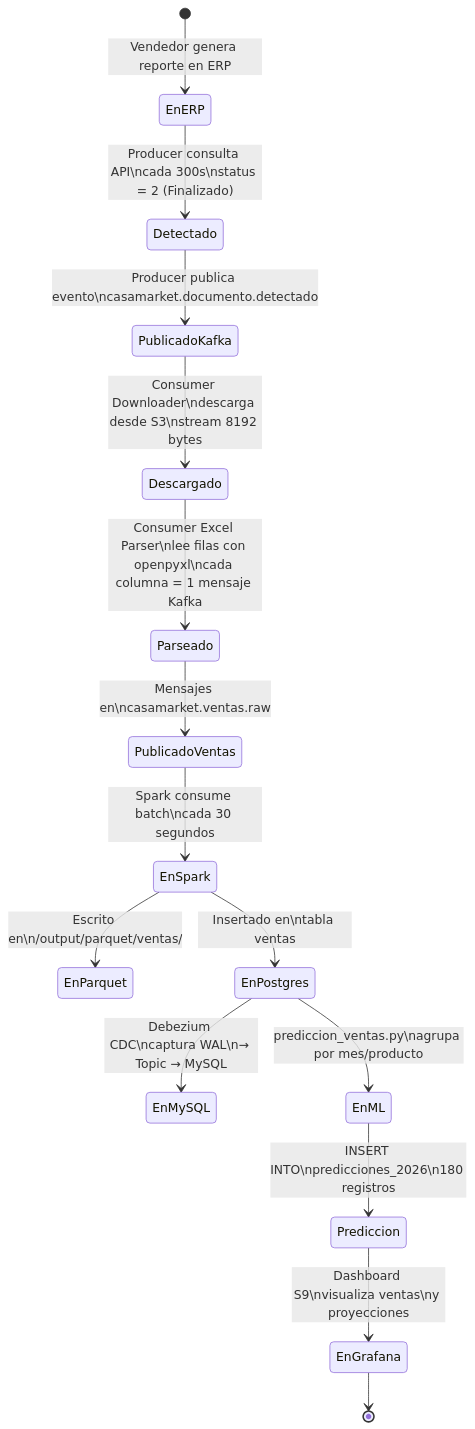
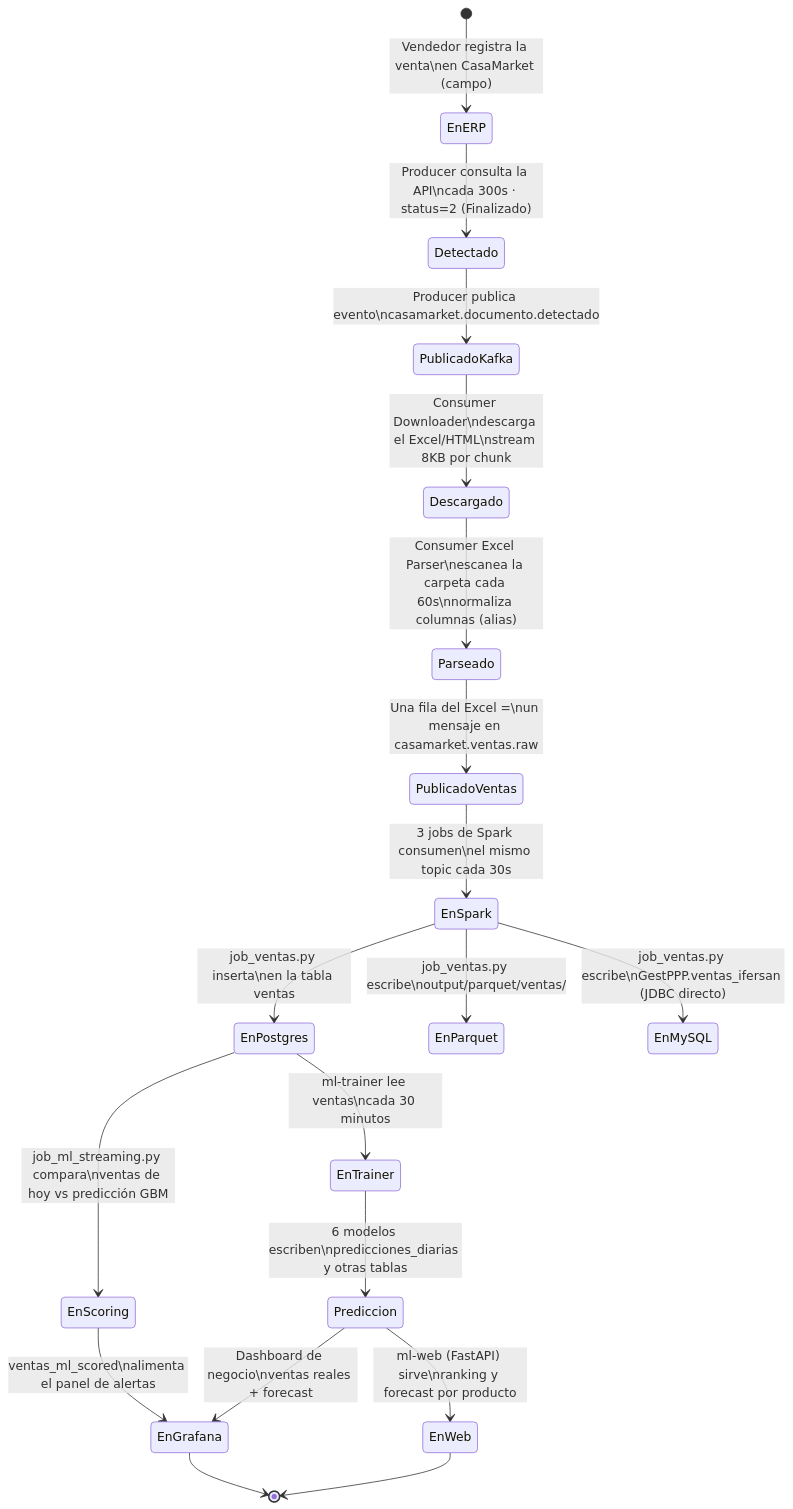
One commit to AlessandroPastor/BigData changed the first of 3 diagrams in docs/arquitectura/pipeline.md. Above: the diagram before and after it, drawn with Mermaid. The commit also changed other lines of this file and 28 other files, not shown here.

````diff
--- a/docs/arquitectura/pipeline.md
+++ b/docs/arquitectura/pipeline.md
@@ -7,30 +7,37 @@
 ```mermaid
 stateDiagram-v2
-    [*] --> EnERP : Vendedor genera reporte en ERP
+    [*] --> EnERP : Vendedor registra la venta\nen CasaMarket (campo)
 
-    EnERP --> Detectado : Producer consulta API\ncada 300s\nstatus = 2 (Finalizado)
+    EnERP --> Detectado : Producer consulta la API\ncada 300s · status=2 (Finalizado)
 
     Detectado --> PublicadoKafka : Producer publica evento\ncasamarket.documento.detectado
 
-    PublicadoKafka --> Descargado : Consumer Downloader\ndescarga desde S3\nstream 8192 bytes
+    PublicadoKafka --> Descargado : Consumer Downloader\ndescarga el Excel/HTML\nstream 8KB por chunk
 
-    Descargado --> Parseado : Consumer Excel Parser\nlee filas con openpyxl\ncada columna = 1 mensaje Kafka
+    Descargado --> Parseado : Consumer Excel Parser\nescanea la carpeta cada 60s\nnormaliza columnas (alias)
 
-    Parseado --> PublicadoVentas : Mensajes en\ncasamarket.ventas.raw
+    Parseado --> PublicadoVentas : Una fila del Excel =\nun mensaje en casamarket.ventas.raw
 
-    PublicadoVentas --> EnSpark : Spark consume batch\ncada 30 segundos
+    PublicadoVentas --> EnSpark : 3 jobs de Spark consumen\nel mismo topic cada 30s
 
-    EnSpark --> EnParquet : Escrito en\n/output/parquet/ventas/
+    EnSpark --> EnPostgres : job_ventas.py inserta\nen la tabla ventas
 
-    EnSpark --> EnPostgres : Insertado en\ntabla ventas
+    EnSpark --> EnParquet : job_ventas.py escribe\noutput/parquet/ventas/
 
-    EnPostgres --> EnMySQL : Debezium CDC\ncaptura WAL\n→ Topic → MySQL
+    EnSpark --> EnMySQL : job_ventas.py escribe\nGestPPP.ventas_ifersan (JDBC directo)
 
-    EnPostgres --> EnML : prediccion_ventas.py\nagrupa por mes/producto
+    EnPostgres --> EnTrainer : ml-trainer lee ventas\ncada 30 minutos
 
-    EnML --> Prediccion : INSERT INTO\npredicciones_2026\n180 registros
+    EnTrainer --> Prediccion : 6 modelos escriben\npredicciones_diarias y otras tablas
 
-    Prediccion --> EnGrafana : Dashboard S9\nvisualiza ventas\ny proyecciones
+    EnPostgres --> EnScoring : job_ml_streaming.py compara\nventas de hoy vs predicción GBM
+
+    EnScoring --> EnGrafana : ventas_ml_scored\nalimenta el panel de alertas
+
+    Prediccion --> EnGrafana : Dashboard de negocio\nventas reales + forecast
+
+    Prediccion --> EnWeb : ml-web (FastAPI) sirve\nranking y forecast por producto
 
     EnGrafana --> [*]
+    EnWeb --> [*]
 ```
````
